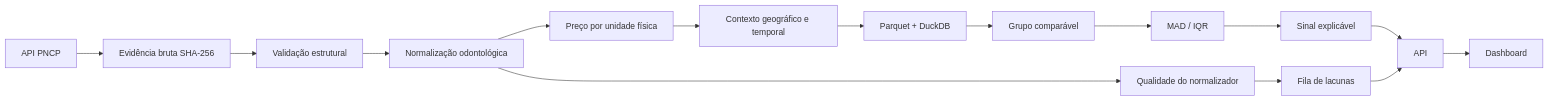
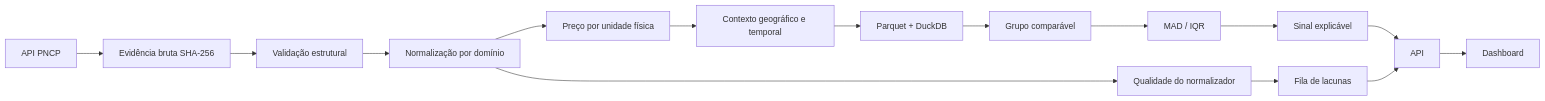
One commit to peedrovinicius/atlas-compras-publicas changed the diagram in README.md. Above: the diagram before and after it, drawn with Mermaid. The commit also changed other lines of this file and 3 other files, not shown here.

```diff
--- a/README.md
+++ b/README.md
@@ -58,17 +60,17 @@
 ~~~mermaid
 flowchart LR
     A[API PNCP] --> B[Evidência bruta SHA-256]
     B --> C[Validação estrutural]
-    C --> D[Normalização odontológica]
+    C --> D[Normalização por domínio]
     D --> E[Qualidade do normalizador]
     D --> F[Preço por unidade física]
     F --> G[Contexto geográfico e temporal]
     G --> H[Parquet + DuckDB]
     H --> I[Grupo comparável]
     I --> J[MAD / IQR]
     J --> K[Sinal explicável]
     E --> L[Fila de lacunas]
     K --> M[API]
     L --> M
     M --> N[Dashboard]
 ~~~
```
